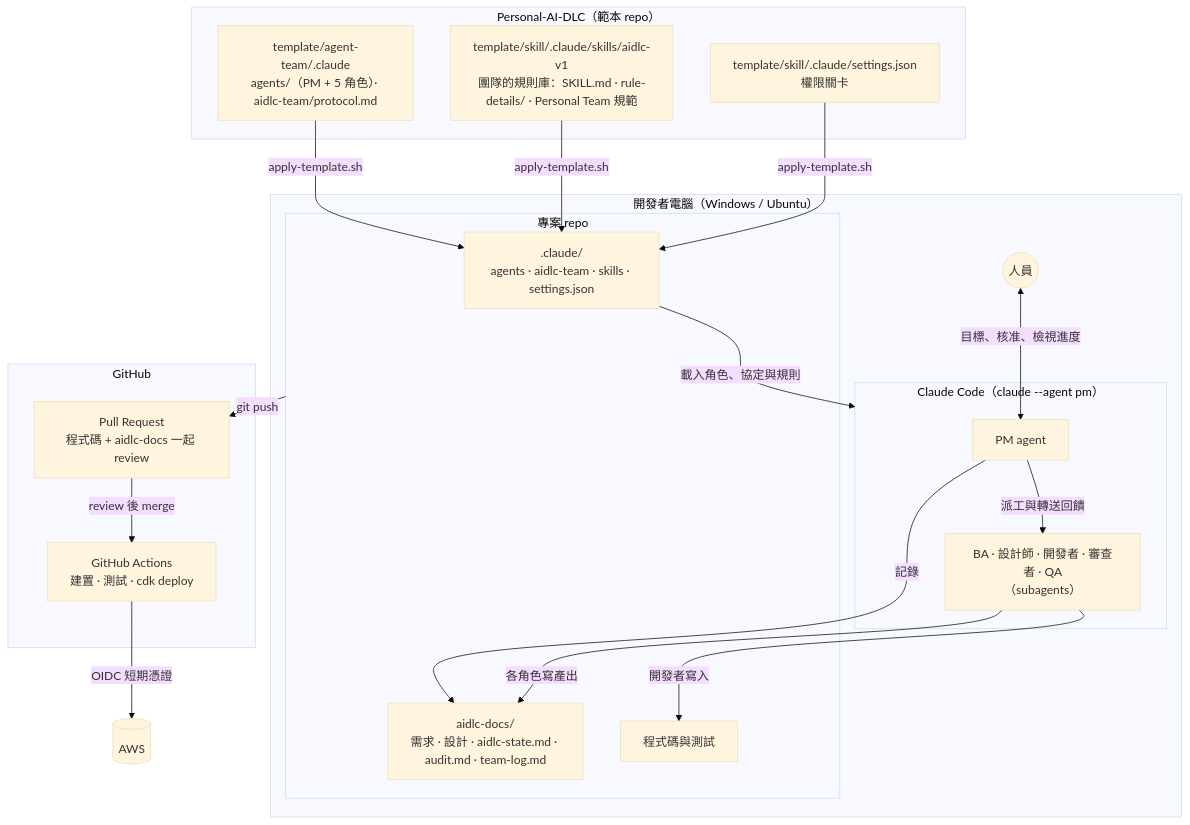
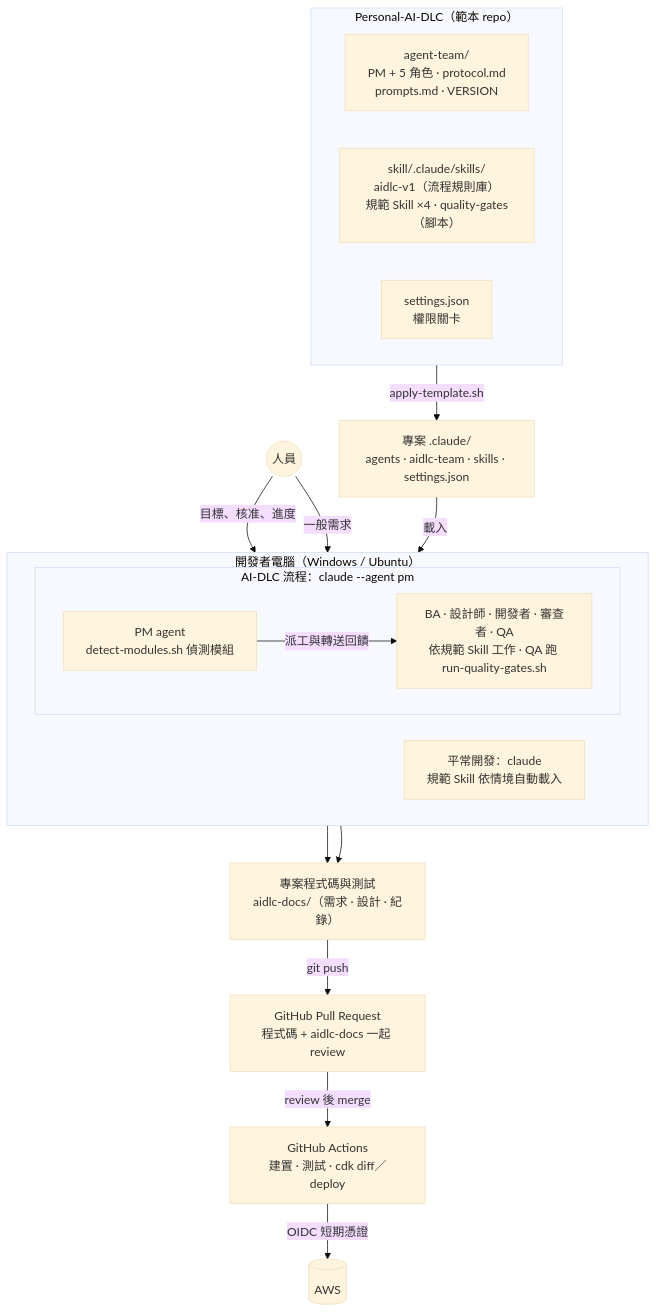
Before and after one commit to shihjosh/Personal-AI-DLC: the fourth of 4 diagrams in README.md, drawn with Mermaid (base theme). The commit also changed other lines of this file and 24 other files, not shown here.

````diff
--- a/README.md
+++ b/README.md
@@ -141,38 +141,36 @@
 ```mermaid
 flowchart TB
     subgraph TEAM["Personal-AI-DLC（範本 repo）"]
-        TPL["template/agent-team/.claude<br/>agents/（PM + 5 角色）· aidlc-team/protocol.md"]
-        RULES_LIB["template/skill/.claude/skills/aidlc-v1<br/>團隊的規則庫：SKILL.md · rule-details/ · Personal Team 規範"]
-        GATE["template/skill/.claude/settings.json<br/>權限關卡"]
+        direction LR
+        TPL["agent-team/<br/>PM + 5 角色 · protocol.md<br/>prompts.md · VERSION"]
+        SK["skill/.claude/skills/<br/>aidlc-v1（流程規則庫）<br/>規範 Skill ×4 · quality-gates（腳本）"]
+        GATE["settings.json<br/>權限關卡"]
     end
 
-    subgraph DEV["開發者電腦（Windows / Ubuntu）"]
-        USER(("人員"))
-        subgraph CC["Claude Code（claude --agent pm）"]
-            PM["PM agent"]
-            ROLES["BA · 設計師 · 開發者 · 審查者 · QA<br/>（subagents）"]
+    DOTCLAUDE["專案 .claude/<br/>agents · aidlc-team · skills · settings.json"]
+
+    subgraph USE["開發者電腦（Windows / Ubuntu）"]
+        direction LR
+        subgraph AIDLC["AI-DLC 流程：claude --agent pm"]
+            PM["PM agent<br/>detect-modules.sh 偵測模組"]
+            ROLES["BA · 設計師 · 開發者 · 審查者 · QA<br/>依規範 Skill 工作 · QA 跑 run-quality-gates.sh"]
+            PM -->|派工與轉送回饋| ROLES
         end
-        subgraph PROJ["專案 repo"]
-            DOTCLAUDE[".claude/<br/>agents · aidlc-team · skills · settings.json"]
-            CODE["程式碼與測試"]
-            DOCS["aidlc-docs/<br/>需求 · 設計 · aidlc-state.md · audit.md · team-log.md"]
-        end
+        PLAIN["平常開發：claude<br/>規範 Skill 依情境自動載入"]
     end
 
-    subgraph GH["GitHub"]
-        PR["Pull Request<br/>程式碼 + aidlc-docs 一起 review"]
-        GHA["GitHub Actions<br/>建置 · 測試 · cdk deploy"]
-    end
+    USER(("人員"))
+    OUT["專案程式碼與測試<br/>aidlc-docs/（需求 · 設計 · 紀錄）"]
+    PR["GitHub Pull Request<br/>程式碼 + aidlc-docs 一起 review"]
+    GHA["GitHub Actions<br/>建置 · 測試 · cdk diff／deploy"]
     AWS[("AWS")]
 
-    TPL & RULES_LIB & GATE -->|apply-template.sh| DOTCLAUDE
-    DOTCLAUDE -->|載入角色、協定與規則| CC
-    USER <-->|目標、核准、檢視進度| PM
-    PM -->|派工與轉送回饋| ROLES
-    ROLES -->|開發者寫入| CODE
-    ROLES -->|各角色寫產出| DOCS
-    PM -->|記錄| DOCS
-    PROJ -->|git push| PR
+    TEAM -->|apply-template.sh| DOTCLAUDE
+    DOTCLAUDE -->|載入| USE
+    USER -->|目標、核准、進度| PM
+    USER -->|一般需求| PLAIN
+    AIDLC & PLAIN --> OUT
+    OUT -->|git push| PR
     PR -->|review 後 merge| GHA
     GHA -->|OIDC 短期憑證| AWS
 ```
````
